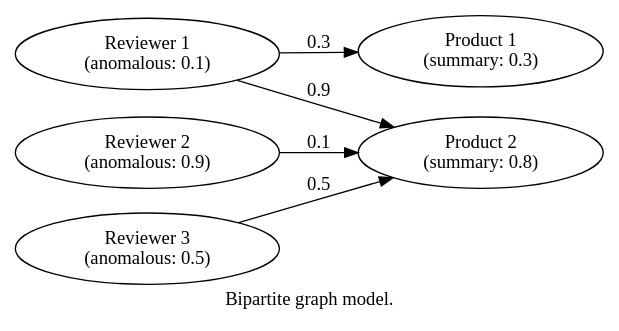
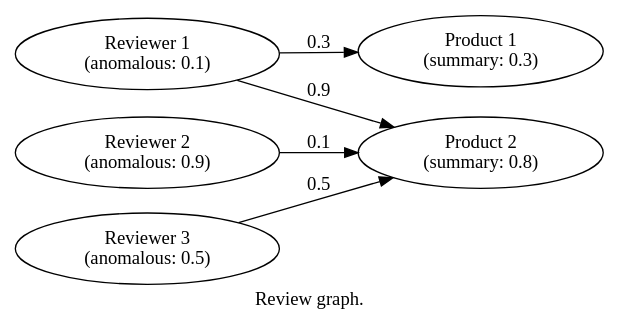
The diagram in source/index.rst (rgmining/rgmining.github.io), drawn with Graphviz before and after one commit. The commit also changed other lines of this file, not shown here.

```diff
--- a/source/index.rst
+++ b/source/index.rst
@@ -13,14 +11,14 @@
 .. graphviz::
 
   digraph bipartite {
-    graph [label="Bipartite graph model.", rankdir = LR];
+    graph [label="Review graph.", rankdir = LR];
     "r1" [label="Reviewer 1 \n (anomalous: 0.1)"];
     "r2" [label="Reviewer 2 \n (anomalous: 0.9)"];
     "r3" [label="Reviewer 3 \n (anomalous: 0.5)"];
     "p1" [label="Product 1 \n (summary: 0.3)"];
     "p2" [label="Product 2 \n (summary: 0.8)"];
     "r1" -> "p1" [label="0.3"];
     "r1" -> "p2" [label="0.9"];
     "r2" -> "p2" [label="0.1"];
     "r3" -> "p2" [label="0.5"];
   }
```
